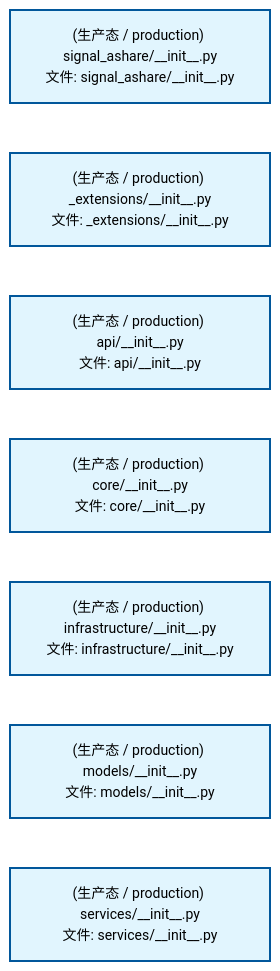
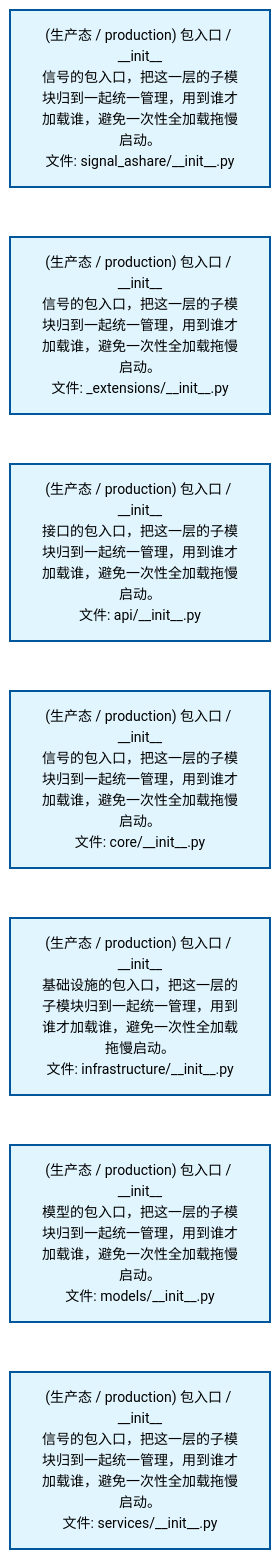
One commit to xuanFelixVan/ZephyrAlpha changed the second of 4 diagrams in docs/02_enterprise_architecture/02_domain_architecture_docs/32_d_ashare_signal.md. Above: the diagram before and after it, drawn with Mermaid. The commit also changed other lines of this file and 60 other files, not shown here.

````diff
--- a/docs/02_enterprise_architecture/02_domain_architecture_docs/32_d_ashare_signal.md
+++ b/docs/02_enterprise_architecture/02_domain_architecture_docs/32_d_ashare_signal.md
@@ -103,22 +103,22 @@
 ```mermaid
 %%{init: {'theme': 'base', 'themeVariables': {'primaryColor': '#eaeaea', 'primaryTextColor': '#333333', 'primaryBorderColor': '#666666', 'lineColor': '#666666', 'secondaryColor': '#eaeaea', 'tertiaryColor': '#eaeaea', 'fontSize': '14px'}}}%%
 flowchart TD
-    src_zephyr_signal_ashare_init_py["(生产态 / production) signal_ashare/__init__.py<br/>文件: signal_ashare/__init__.py"]
-    src_zephyr_signal_ashare_extensions_init_py["(生产态 / production) _extensions/__init__.py<br/>文件: _extensions/__init__.py"]
-    src_zephyr_signal_ashare_api_init_py["(生产态 / production) api/__init__.py<br/>文件: api/__init__.py"]
-    src_zephyr_signal_ashare_core_init_py["(生产态 / production) core/__init__.py<br/>文件: core/__init__.py"]
-    src_zephyr_signal_ashare_infrastructure_init_py["(生产态 / production) infrastructure/__init__.py<br/>文件: infrastructure/__init__.py"]
-    src_zephyr_signal_ashare_models_init_py["(生产态 / production) models/__init__.py<br/>文件: models/__init__.py"]
-    src_zephyr_signal_ashare_services_init_py["(生产态 / production) services/__init__.py<br/>文件: services/__init__.py"]
+    src_zephyr_signal_ashare_init_py["(生产态 / production) 包入口 / __init__<br/>信号的包入口，把这一层的子模块归到一起统一管理，用到谁才加载谁，避免一次性全加载拖慢启动。<br/>文件: signal_ashare/__init__.py"]
+    src_zephyr_signal_ashare_extensions_init_py["(生产态 / production) 包入口 / __init__<br/>信号的包入口，把这一层的子模块归到一起统一管理，用到谁才加载谁，避免一次性全加载拖慢启动。<br/>文件: _extensions/__init__.py"]
+    src_zephyr_signal_ashare_api_init_py["(生产态 / production) 包入口 / __init__<br/>接口的包入口，把这一层的子模块归到一起统一管理，用到谁才加载谁，避免一次性全加载拖慢启动。<br/>文件: api/__init__.py"]
+    src_zephyr_signal_ashare_core_init_py["(生产态 / production) 包入口 / __init__<br/>信号的包入口，把这一层的子模块归到一起统一管理，用到谁才加载谁，避免一次性全加载拖慢启动。<br/>文件: core/__init__.py"]
+    src_zephyr_signal_ashare_infrastructure_init_py["(生产态 / production) 包入口 / __init__<br/>基础设施的包入口，把这一层的子模块归到一起统一管理，用到谁才加载谁，避免一次性全加载拖慢启动。<br/>文件: infrastructure/__init__.py"]
+    src_zephyr_signal_ashare_models_init_py["(生产态 / production) 包入口 / __init__<br/>模型的包入口，把这一层的子模块归到一起统一管理，用到谁才加载谁，避免一次性全加载拖慢启动。<br/>文件: models/__init__.py"]
+    src_zephyr_signal_ashare_services_init_py["(生产态 / production) 包入口 / __init__<br/>信号的包入口，把这一层的子模块归到一起统一管理，用到谁才加载谁，避免一次性全加载拖慢启动。<br/>文件: services/__init__.py"]
     src_zephyr_signal_ashare_init_py ~~~ src_zephyr_signal_ashare_extensions_init_py
     src_zephyr_signal_ashare_extensions_init_py ~~~ src_zephyr_signal_ashare_api_init_py
     src_zephyr_signal_ashare_api_init_py ~~~ src_zephyr_signal_ashare_core_init_py
     src_zephyr_signal_ashare_core_init_py ~~~ src_zephyr_signal_ashare_infrastructure_init_py
     src_zephyr_signal_ashare_infrastructure_init_py ~~~ src_zephyr_signal_ashare_models_init_py
     src_zephyr_signal_ashare_models_init_py ~~~ src_zephyr_signal_ashare_services_init_py
     classDef production fill:#e1f5fe,stroke:#01579b,stroke-width:2px,color:#000
     classDef design fill:#fff3e0,stroke:#e65100,stroke-width:2px,color:#000,stroke-dasharray: 5 5
     classDef external_prod fill:#e8f4fd,stroke:#0277bd,stroke-width:1px,color:#000
     classDef external_design fill:#fff8e7,stroke:#ef6c00,stroke-width:1px,color:#000,stroke-dasharray: 5 5
     class src_zephyr_signal_ashare_init_py,src_zephyr_signal_ashare_extensions_init_py,src_zephyr_signal_ashare_api_init_py,src_zephyr_signal_ashare_core_init_py,src_zephyr_signal_ashare_infrastructure_init_py,src_zephyr_signal_ashare_models_init_py,src_zephyr_signal_ashare_services_init_py production
 ```
````
